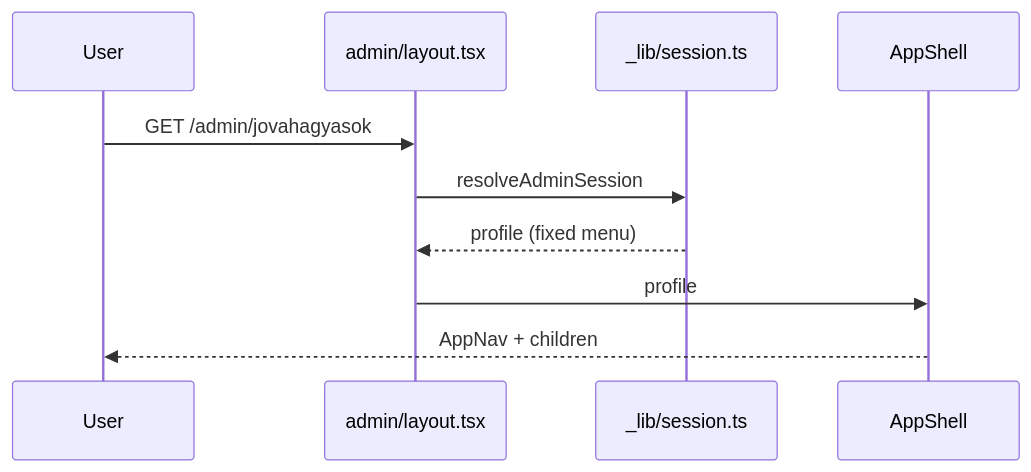
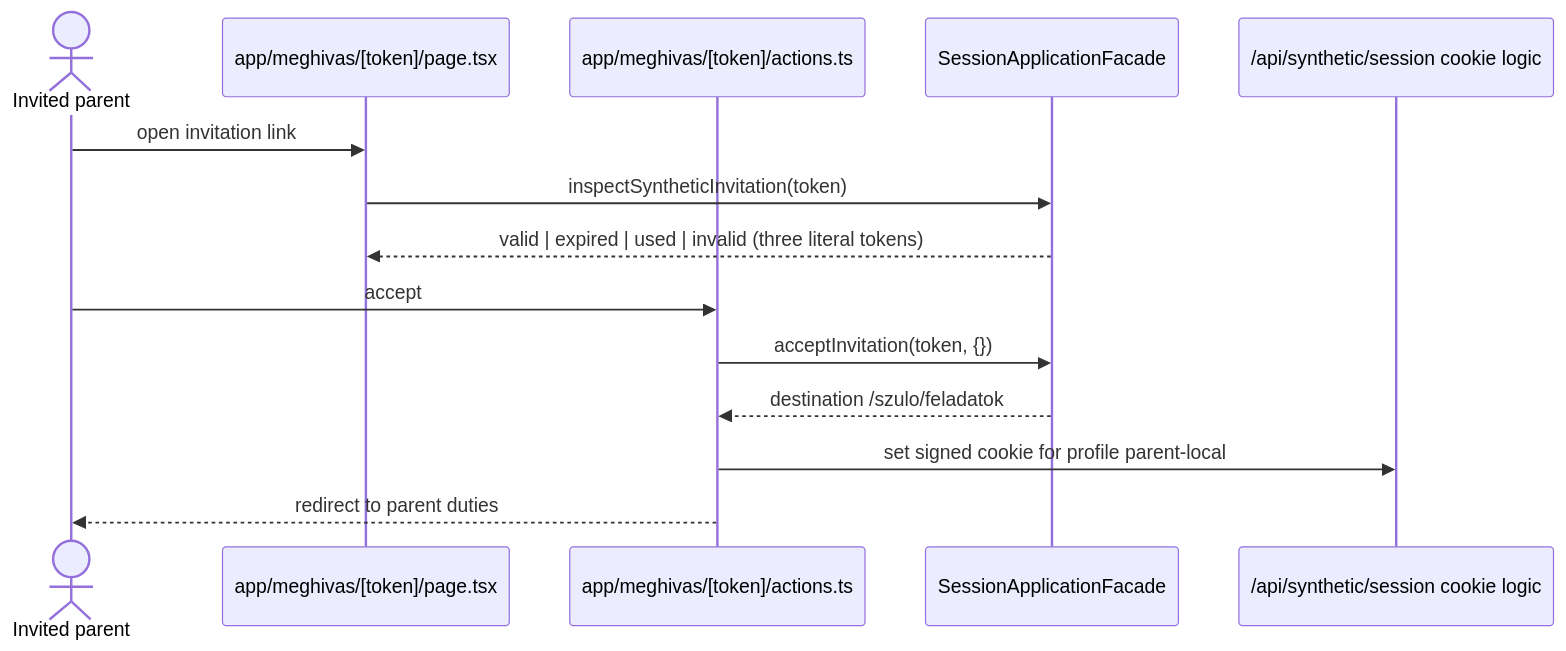
The fifth of 5 diagrams in aidlc/spaces/default/codekb/waldorf-community-task-manager/architecture.md (bbotond83/waldorf-community-task-manager), drawn with Mermaid before and after one commit. The commit also changed other lines of this file and 134 other files, not shown here.

````diff
--- a/aidlc/spaces/default/codekb/waldorf-community-task-manager/architecture.md
+++ b/aidlc/spaces/default/codekb/waldorf-community-task-manager/architecture.md
@@ -130,12 +196,16 @@
 ```mermaid
 sequenceDiagram
-  participant U as User
-  participant L as admin/layout.tsx
-  participant S as _lib/session.ts
-  participant A as AppShell
-  U->>L: GET /admin/jovahagyasok
-  L->>S: resolveAdminSession
-  S-->>L: profile (fixed menu)
-  L->>A: profile
-  A-->>U: AppNav + children
+  actor P as Invited parent
+  participant IP as app/meghivas/[token]/page.tsx
+  participant IA as app/meghivas/[token]/actions.ts
+  participant SG as SessionApplicationFacade
+  participant CK as /api/synthetic/session cookie logic
+  P->>IP: open invitation link
+  IP->>SG: inspectSyntheticInvitation(token)
+  SG-->>IP: valid | expired | used | invalid (three literal tokens)
+  P->>IA: accept
+  IA->>SG: acceptInvitation(token, {})
+  SG-->>IA: destination /szulo/feladatok
+  IA->>CK: set signed cookie for profile parent-local
+  IA-->>P: redirect to parent duties
 ```
````
